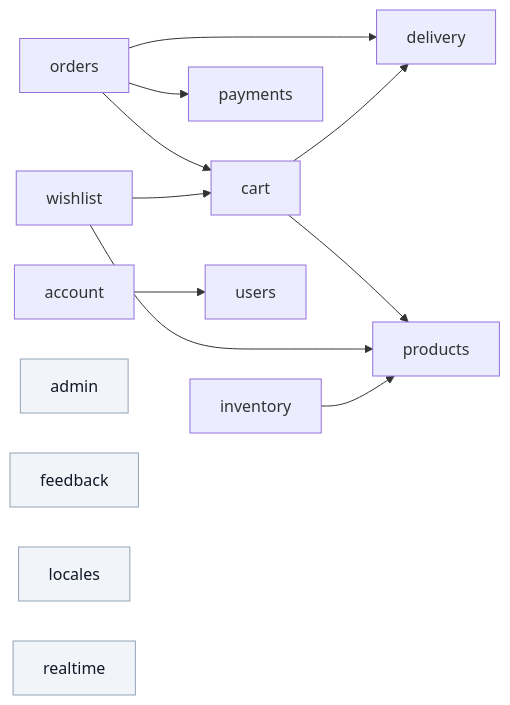
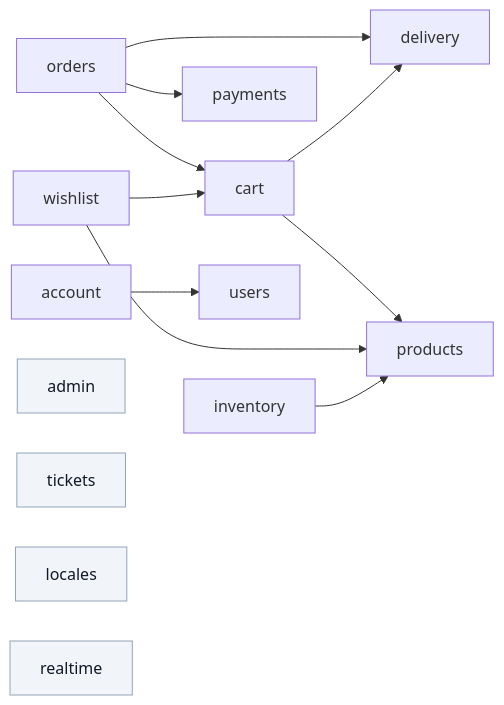
The first of 3 diagrams in docs/theory/layers.md (Guebbit/boilerplate-vue-frontend), drawn with Mermaid before and after one commit. The commit also changed other lines of this file and 66 other files, not shown here.

First line of the commit message:
refactor(tickets)!: rename the feedback module to tickets

````diff
--- a/docs/theory/layers.md
+++ b/docs/theory/layers.md
@@ -58,20 +58,20 @@
 ```mermaid
 %%{init: {'flowchart': {'nodeSpacing': 40, 'rankSpacing': 50}}}%%
 flowchart LR
     orders --> cart
     orders --> delivery
     orders --> payments
     cart --> delivery
     cart --> products
     wishlist --> products
     wishlist --> cart
     inventory --> products
     account --> users
 
     admin:::leaf
-    feedback:::leaf
+    tickets:::leaf
     locales:::leaf
     realtime:::leaf
 
     classDef leaf fill:#f1f5f9,stroke:#94a3b8,color:#111827;
 ```
````
